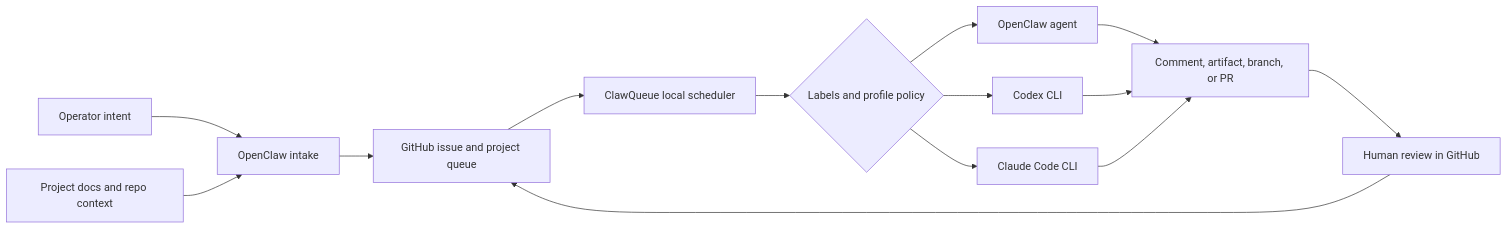
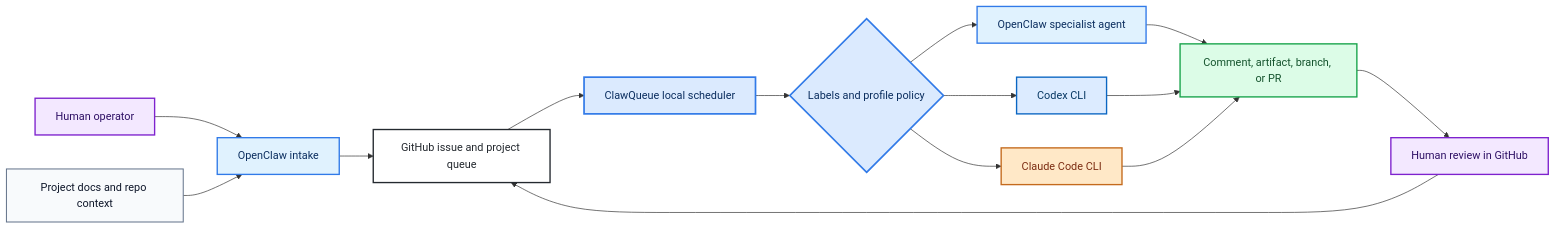
The first of 2 diagrams in boards/CORE/0010-mermaid-diagram-previews/README.md (ClawQueue/ClawQueue-reports), drawn with Mermaid before and after one commit. The commit also changed other lines of this file and 4 other files, not shown here.

Commit message:
Revise ClawQueue Mermaid preview colors

````diff
--- a/boards/CORE/0010-mermaid-diagram-previews/README.md
+++ b/boards/CORE/0010-mermaid-diagram-previews/README.md
@@ -37,20 +49,38 @@
 ```mermaid
 flowchart LR
-    O[Operator intent] --> I[OpenClaw intake]
-    P[Project docs and repo context] --> I
-    I --> GH[GitHub issue and project queue]
+    H[Human operator] --> OC1[OpenClaw intake]
+    P[Project docs and repo context] --> OC1
+    OC1 --> GH[GitHub issue and project queue]
 
     GH --> CQ[ClawQueue local scheduler]
     CQ --> R{Labels and profile policy}
 
-    R --> A[OpenClaw agent]
-    R --> B[Codex CLI]
-    R --> C[Claude Code CLI]
+    R --> OC2[OpenClaw specialist agent]
+    R --> COD[Codex CLI]
+    R --> CLA[Claude Code CLI]
 
-    A --> OUT[Comment, artifact, branch, or PR]
-    B --> OUT
-    C --> OUT
+    OC2 --> OUT[Comment, artifact, branch, or PR]
+    COD --> OUT
+    CLA --> OUT
 
-    OUT --> REVIEW[Human review in GitHub]
-    REVIEW --> GH
+    OUT --> HR[Human review in GitHub]
+    HR --> GH
+
+    classDef human fill:#F3E8FF,stroke:#7E22CE,stroke-width:2px,color:#2E1065;
+    classDef context fill:#F8FAFC,stroke:#64748B,stroke-width:1.5px,color:#0F172A;
+    classDef openclaw fill:#E0F2FE,stroke:#317AE8,stroke-width:2px,color:#0B2E5F;
+    classDef github fill:#FFFFFF,stroke:#24292F,stroke-width:2px,color:#24292F;
+    classDef cq fill:#DBEAFE,stroke:#317AE8,stroke-width:2.5px,color:#0B2E5F;
+    classDef codex fill:#DCEBFF,stroke:#0A66C2,stroke-width:2px,color:#073763;
+    classDef claude fill:#FFE8C7,stroke:#C46A1D,stroke-width:2px,color:#7C2D12;
+    classDef output fill:#DCFCE7,stroke:#16A34A,stroke-width:2px,color:#14532D;
+
+    class H,HR human;
+    class P context;
+    class OC1,OC2 openclaw;
+    class GH github;
+    class CQ,R cq;
+    class COD codex;
+    class CLA claude;
+    class OUT output;
 ```
````
